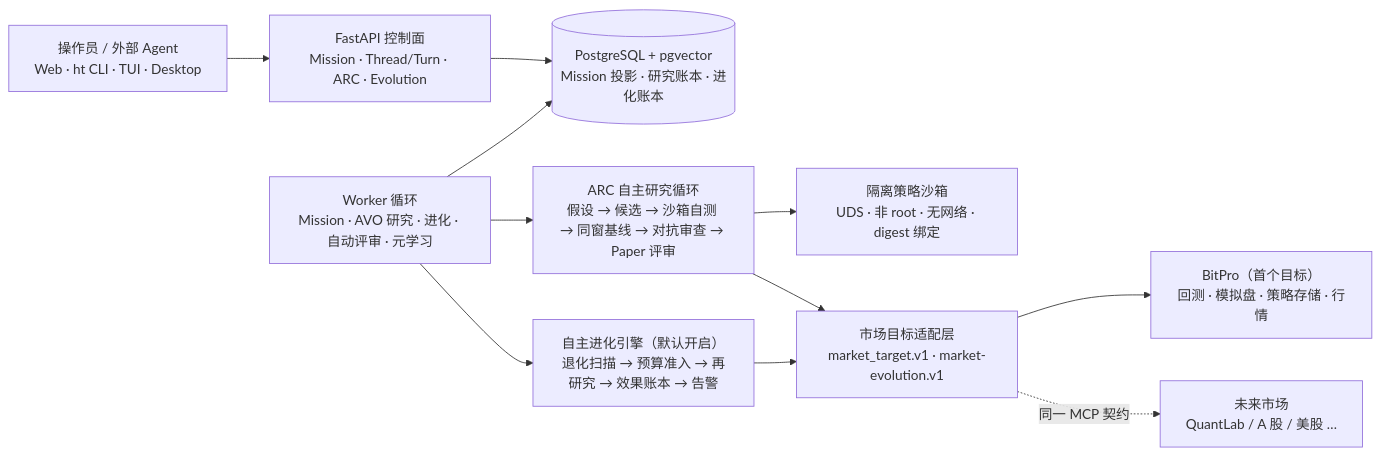
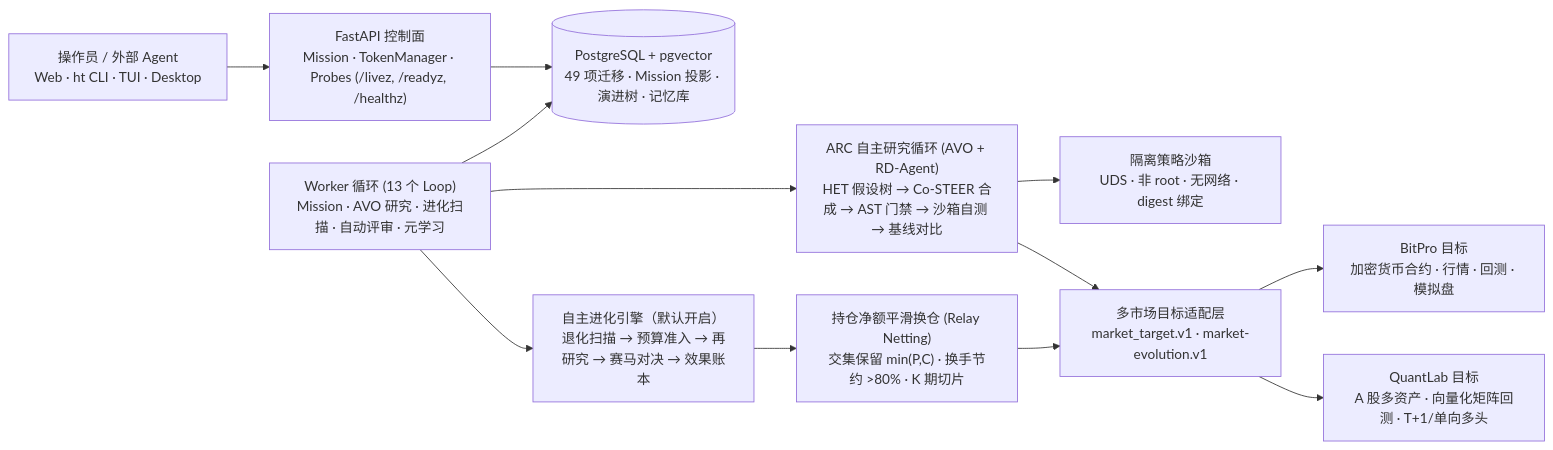
One commit to Shadowell/HyperTrade changed the diagram in README.md. Above: the diagram before and after it, drawn with Mermaid. The commit also changed other lines of this file and 3 other files, not shown here.

Commit message:
docs(readme): 同步中英文 README 及文档地图至最新多市场与生产架构

````diff
--- a/README.md
+++ b/README.md
@@ -46,13 +50,14 @@
 ```mermaid
 flowchart LR
-  Op["操作员 / 外部 Agent<br/>Web · ht CLI · TUI · Desktop"] --> API["FastAPI 控制面<br/>Mission · Thread/Turn · ARC · Evolution"]
-  API --> DB[("PostgreSQL + pgvector<br/>Mission 投影 · 研究账本 · 进化账本")]
-  Worker["Worker 循环<br/>Mission · AVO 研究 · 进化 · 自动评审 · 元学习"] --> DB
-  Worker --> Research["ARC 自主研究循环<br/>假设 → 候选 → 沙箱自测 → 同窗基线 → 对抗审查 → Paper 评审"]
-  Worker --> Evolution["自主进化引擎（默认开启）<br/>退化扫描 → 预算准入 → 再研究 → 效果账本 → 告警"]
+  Op["操作员 / 外部 Agent<br/>Web · ht CLI · TUI · Desktop"] --> API["FastAPI 控制面<br/>Mission · TokenManager · Probes (/livez, /readyz, /healthz)"]
+  API --> DB[("PostgreSQL + pgvector<br/>49 项迁移 · Mission 投影 · 演进树 · 记忆库")]
+  Worker["Worker 循环 (13 个 Loop)<br/>Mission · AVO 研究 · 进化扫描 · 自动评审 · 元学习"] --> DB
+  Worker --> Research["ARC 自主研究循环 (AVO + RD-Agent)<br/>HET 假设树 → Co-STEER 合成 → AST 门禁 → 沙箱自测 → 基线对比"]
+  Worker --> Evolution["自主进化引擎（默认开启）<br/>退化扫描 → 预算准入 → 再研究 → 赛马对决 → 效果账本"]
   Research --> Sandbox["隔离策略沙箱<br/>UDS · 非 root · 无网络 · digest 绑定"]
-  Research --> Targets["市场目标适配层<br/>market_target.v1 · market-evolution.v1"]
-  Evolution --> Targets
-  Targets --> BitPro["BitPro（首个目标）<br/>回测 · 模拟盘 · 策略存储 · 行情"]
-  Targets -.->|同一 MCP 契约| Future["未来市场<br/>QuantLab / A 股 / 美股 …"]
+  Research --> Targets["多市场目标适配层<br/>market_target.v1 · market-evolution.v1"]
+  Evolution --> Relay["持仓净额平滑换仓 (Relay Netting)<br/>交集保留 min(P,C) · 换手节约 >80% · K 期切片"]
+  Relay --> Targets
+  Targets --> BitPro["BitPro 目标<br/>加密货币合约 · 行情 · 回测 · 模拟盘"]
+  Targets --> QuantLab["QuantLab 目标<br/>A 股多资产 · 向量化矩阵回测 · T+1/单向多头"]
 ```
````
